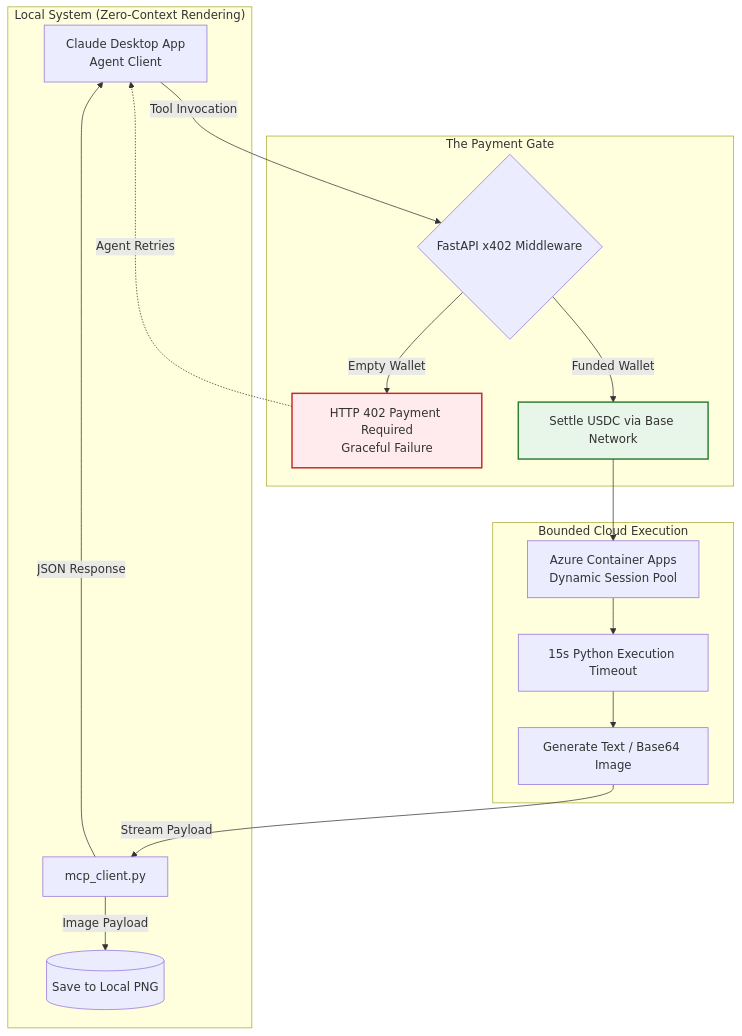
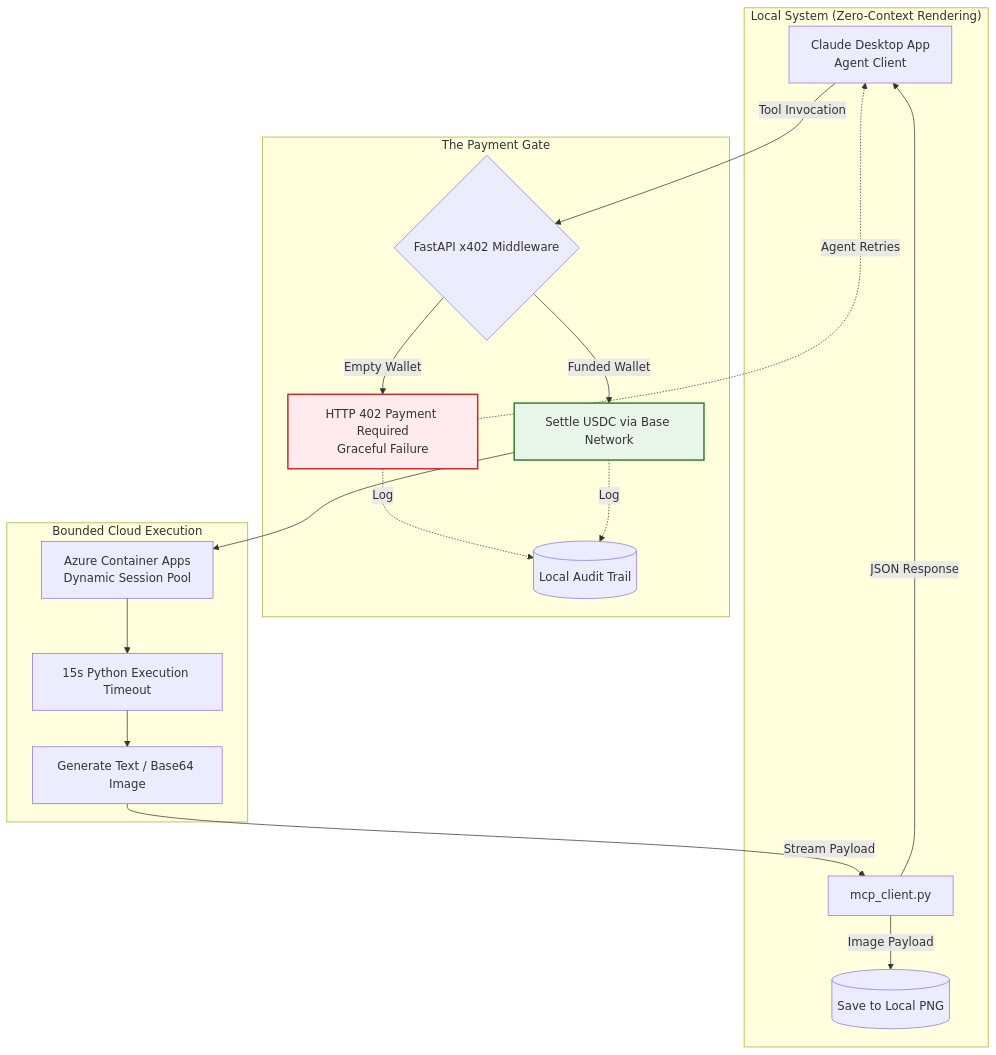
One commit to codelad1304/agentic-compute-mcp changed the diagram in README.md. Above: the diagram before and after it, drawn with Mermaid.

````diff
--- a/README.md
+++ b/README.md
@@ -16,29 +16,31 @@
 ```mermaid
 graph TD
     A[Claude Desktop App<br>Agent Client] -->|Tool Invocation| B{FastAPI x402 Middleware}
     
     subgraph Gate ["The Payment Gate"]
     B -->|Empty Wallet| C[HTTP 402 Payment Required<br>Graceful Failure]
     B -->|Funded Wallet| D[Settle USDC via Base Network]
+    C -.->|Log| Z[(Local Audit Trail)]
+    D -.->|Log| Z
     end
     
     C -.->|Agent Retries| A
     D --> E[Azure Container Apps<br>Dynamic Session Pool]
     
     subgraph Cloud ["Bounded Cloud Execution"]
     E --> F[15s Python Execution Timeout]
     F --> G[Generate Text / Base64 Image]
     end
     
     G -->|Stream Payload| H[mcp_client.py]
     
     subgraph Local ["Local System (Zero-Context Rendering)"]
     H -->|JSON Response| A
     H -->|Image Payload| I[(Save to Local PNG)]
     end
     
     classDef gate fill:#ffebee,stroke:#c62828,stroke-width:2px;
     classDef success fill:#e8f5e9,stroke:#2e7d32,stroke-width:2px;
     class C gate;
     class D success;
 ```
````
